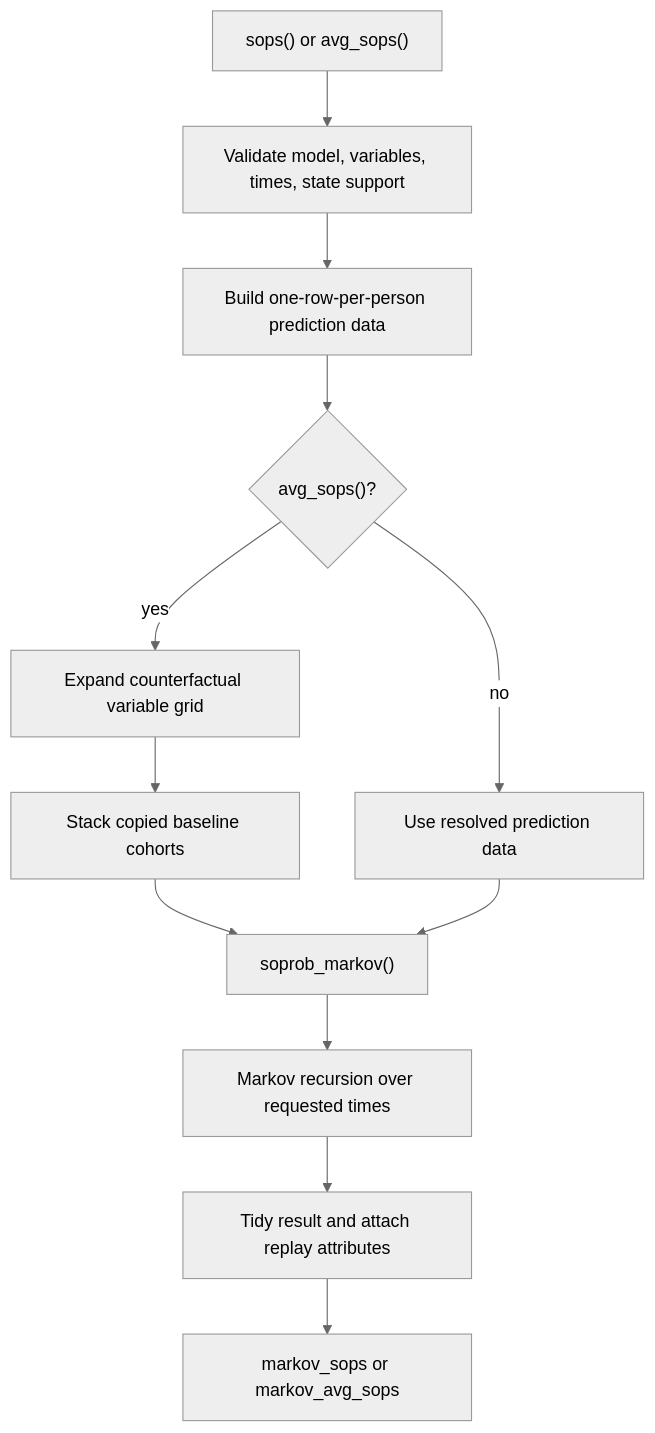
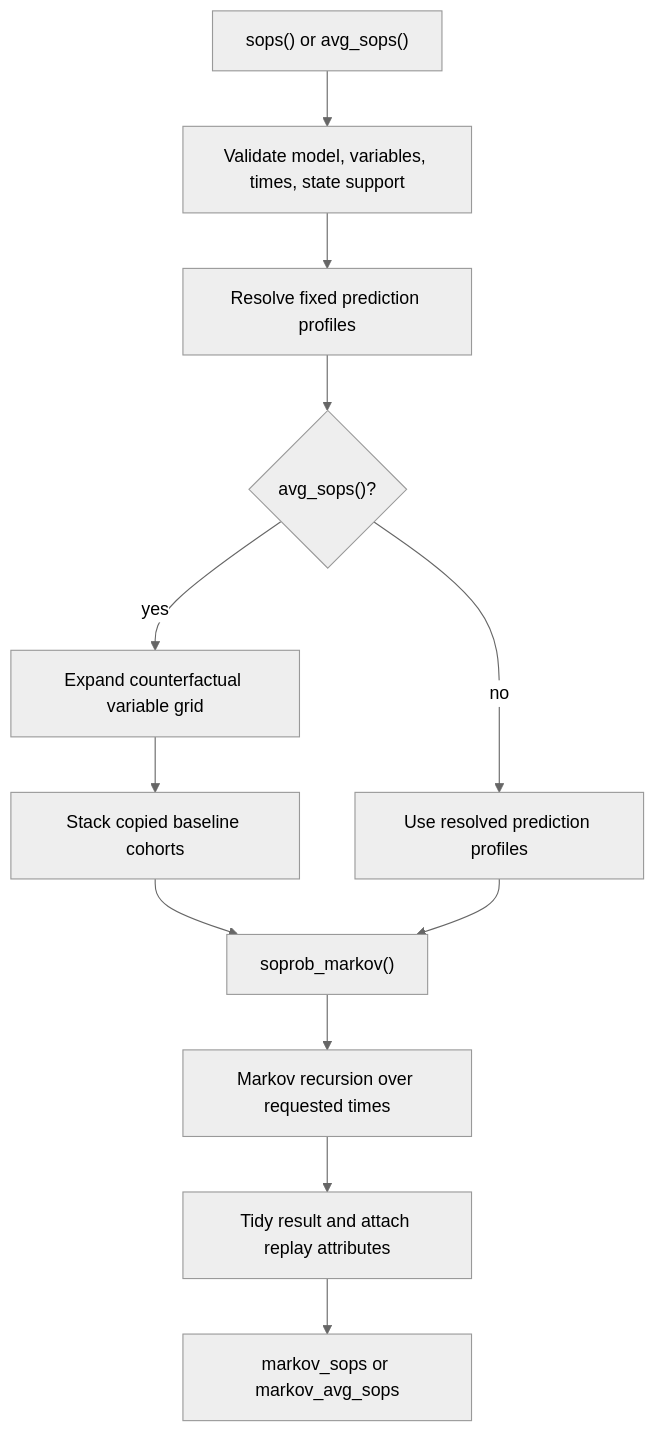
Before and after one commit to scjohannes/markov.misc: the third of 6 diagrams in ARCHITECTURE.md, drawn with Mermaid (neutral theme). The commit also changed other lines of this file and 19 other files, not shown here.

````diff
--- a/ARCHITECTURE.md
+++ b/ARCHITECTURE.md
@@ -254,14 +254,14 @@
 ```mermaid
 flowchart TD
   CALL["sops() or avg_sops()"] --> VALIDATE["Validate model, variables, times, state support"]
-  VALIDATE --> BASELINE["Build one-row-per-person prediction data"]
+  VALIDATE --> BASELINE["Resolve fixed prediction profiles"]
   BASELINE --> CF{"avg_sops()?"}
   CF -- "yes" --> GRID["Expand counterfactual variable grid"]
   GRID --> STACK["Stack copied baseline cohorts"]
-  CF -- "no" --> DIRECT["Use resolved prediction data"]
+  CF -- "no" --> DIRECT["Use resolved prediction profiles"]
   STACK --> ARRAY["soprob_markov()"]
   DIRECT --> ARRAY
   ARRAY --> RECURSE["Markov recursion over requested times"]
   RECURSE --> SHAPE["Tidy result and attach replay attributes"]
   SHAPE --> OUT["markov_sops or markov_avg_sops"]
 ```
````
